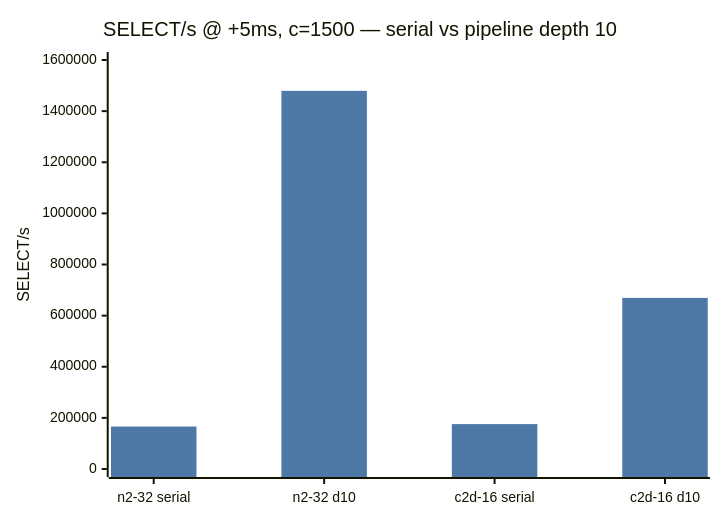
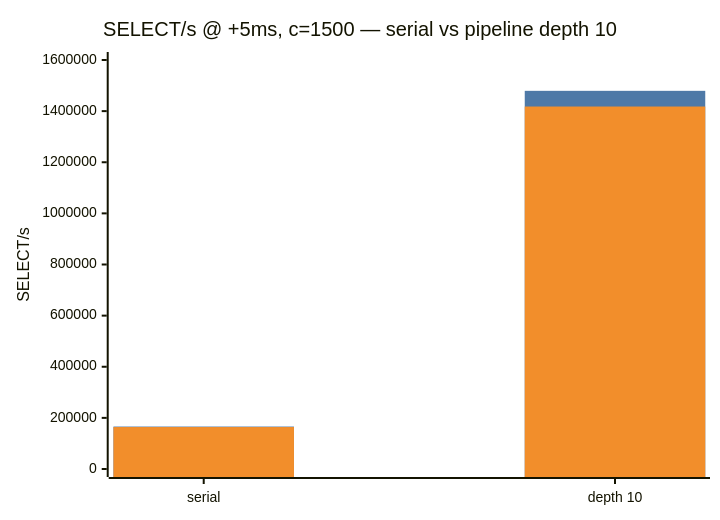
Diagram 54 of 54 in RESULTS.md (SpareCores/sc-db-benchmark-tmp), drawn with Mermaid before and after one commit. The commit also changed other lines of this file, not shown here.

````diff
--- a/RESULTS.md
+++ b/RESULTS.md
@@ -2029,13 +2053,14 @@
 ```mermaid
 ---
 config:
   themeVariables:
     xyChart:
-      plotColorPalette: "#4e79a7, #f28e2b, #59a14f, #e15759"
+      plotColorPalette: "#4e79a7, #f28e2b"
 ---
 xychart-beta
     title "SELECT/s @ +5ms, c=1500 — serial vs pipeline depth 10"
-    x-axis ["n2-32 serial", "n2-32 d10", "c2d-16 serial", "c2d-16 d10"]
+    x-axis [serial, "depth 10"]
     y-axis "SELECT/s" 0 --> 1600000
-    bar [166062, 1479356, 175609, 669376]
+    bar "n2-32" [166062, 1479356 "n2-32"]
+    bar "c2d-32" [164139, 1417963 "c2d-32"]
 ```
````
